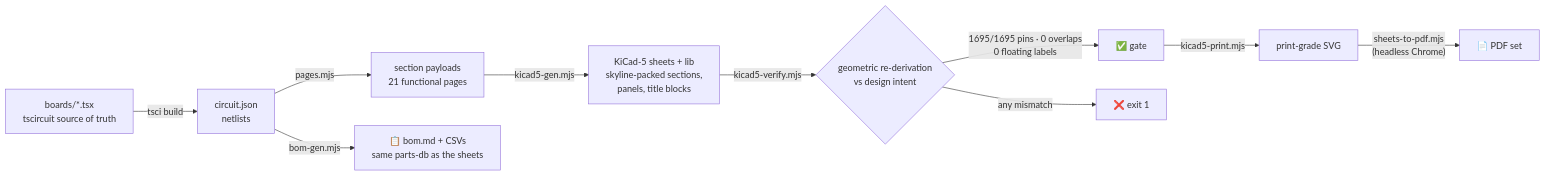
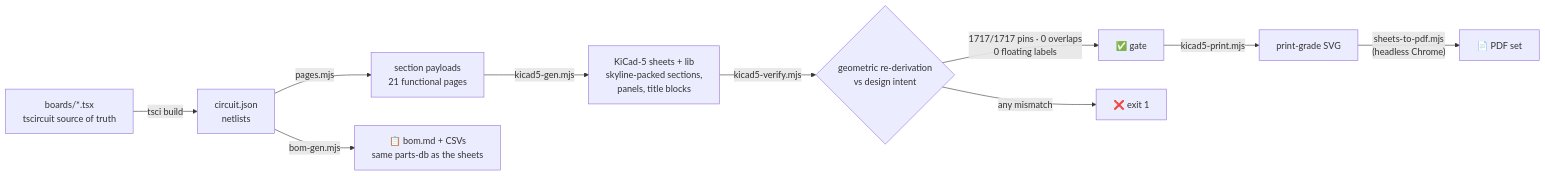
One commit to vectivolt/Traction-Inverter-GEN-1 changed the eighth of 9 diagrams in README.md. Above: the diagram before and after it, drawn with Mermaid. The commit also changed other lines of this file and 63 other files, not shown here.

````diff
--- a/README.md
+++ b/README.md
@@ -442,12 +450,12 @@
 ```mermaid
 flowchart LR
   TSX["boards/*.tsx<br/>tscircuit source of truth"] -->|tsci build| CJ["circuit.json<br/>netlists"]
   CJ -->|pages.mjs| PG["section payloads<br/>21 functional pages"]
   PG -->|kicad5-gen.mjs| SCH["KiCad-5 sheets + lib<br/>skyline-packed sections,<br/>panels, title blocks"]
   SCH -->|kicad5-verify.mjs| V{"geometric re-derivation<br/>vs design intent"}
-  V -->|"1695/1695 pins · 0 overlaps<br/>0 floating labels"| OK["✅ gate"]
+  V -->|"1717/1717 pins · 0 overlaps<br/>0 floating labels"| OK["✅ gate"]
   V -->|any mismatch| FAIL["❌ exit 1"]
   OK -->|kicad5-print.mjs| SVG["print-grade SVG"]
   SVG -->|"sheets-to-pdf.mjs<br/>(headless Chrome)"| PDF["📄 PDF set"]
   CJ -->|bom-gen.mjs| BOM["📋 bom.md + CSVs<br/>same parts-db as the sheets"]
 ```
````
